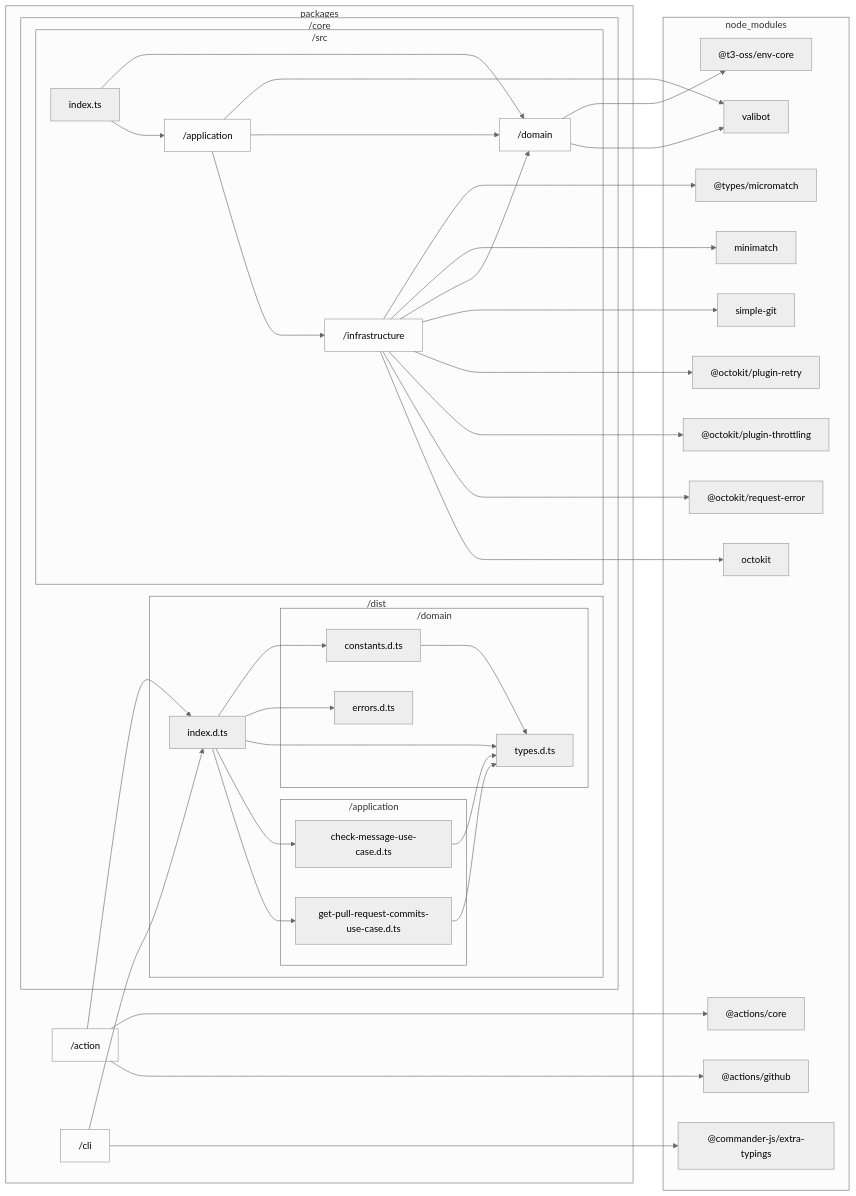
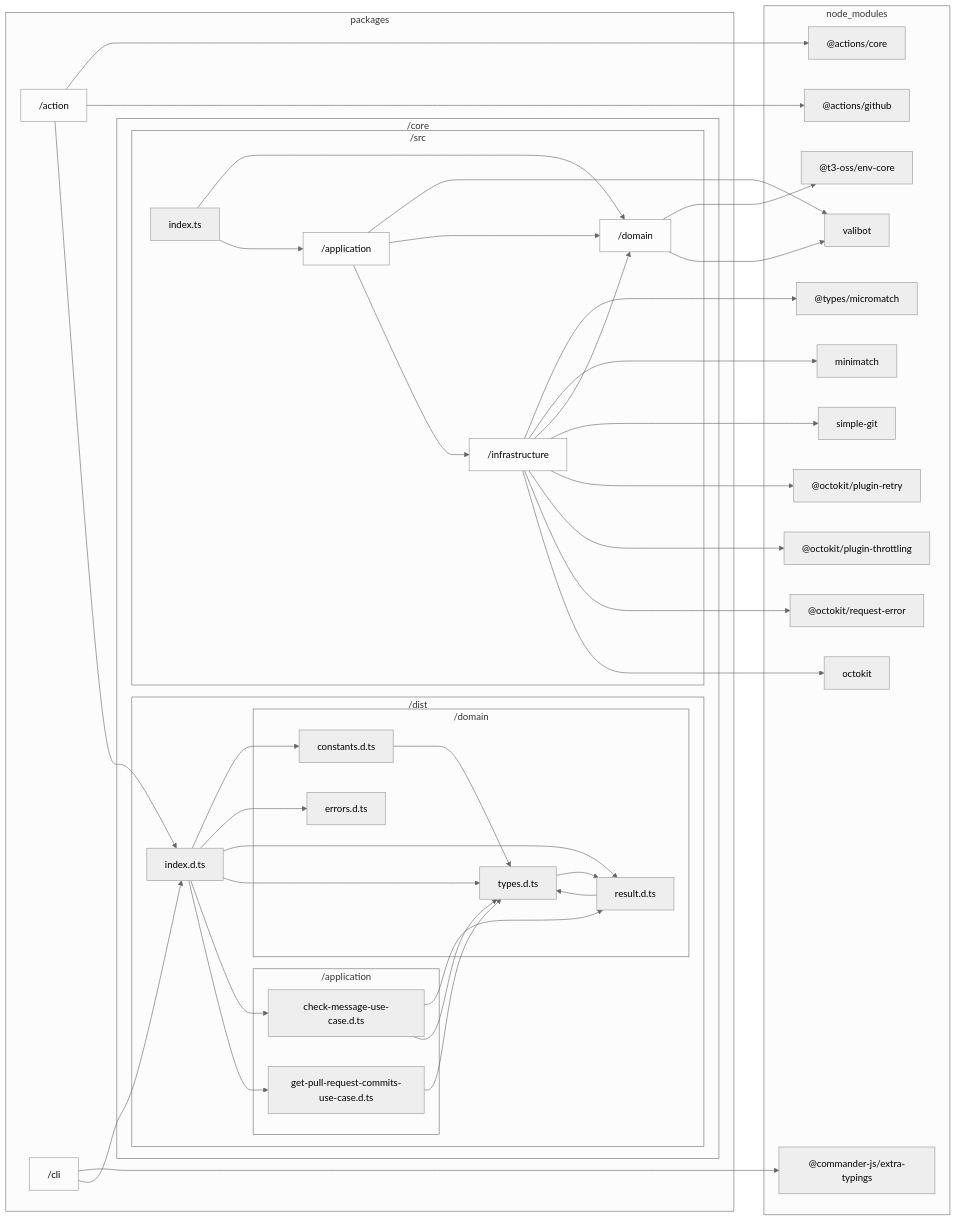
Before and after one commit to sugurutakahashi-1234/issue-linker: the diagram in docs/reports/dependencies/core-architecture.md, drawn with Mermaid (neutral theme). The commit also changed 16 other files, not shown here.

````diff
--- a/docs/reports/dependencies/core-architecture.md
+++ b/docs/reports/dependencies/core-architecture.md
@@ -7,70 +7,75 @@
 ```mermaid
 flowchart LR
     classDef dir fill:#0000,stroke:#999
     subgraph packages["packages"]
         packages/action["/action"]:::dir
         packages/cli["/cli"]:::dir
         subgraph packages/core["/core"]
             subgraph packages/core/dist["/dist"]
                 packages/core/dist/index.d.ts["index.d.ts"]
                 subgraph packages/core/dist/domain["/domain"]
+                    packages/core/dist/domain/result.d.ts["result.d.ts"]
                     packages/core/dist/domain/types.d.ts["types.d.ts"]
                     packages/core/dist/domain/constants.d.ts["constants.d.ts"]
                     packages/core/dist/domain/errors.d.ts["errors.d.ts"]
                 end
                 subgraph packages/core/dist/application["/application"]
                     packages/core/dist/application/check//message//use//case.d.ts["check-message-use-case.d.ts"]
                     packages/core/dist/application/get//pull//request//commits//use//case.d.ts["get-pull-request-commits-use-case.d.ts"]
                 end
             end
             subgraph packages/core/src["/src"]
                 packages/core/src/domain["/domain"]:::dir
                 packages/core/src/infrastructure["/infrastructure"]:::dir
                 packages/core/src/application["/application"]:::dir
                 packages/core/src/index.ts["index.ts"]
             end
         end
     end
     subgraph node//modules["node_modules"]
         node//modules///actions/core/lib/core.d.ts["@actions/core"]
         node//modules///actions/github/lib/github.d.ts["@actions/github"]
         node//modules///commander//js/extra//typings/index.d.ts["@commander-js/extra-typings"]
         node//modules///types/micromatch/index.d.ts["@types/micromatch"]
         node//modules/minimatch/dist/commonjs/index.d.ts["minimatch"]
         node//modules///t3//oss/env//core/dist/index.d.ts["@t3-oss/env-core"]
         node//modules/valibot/dist/index.d.cts["valibot"]
         node//modules/simple//git/dist/typings/index.d.ts["simple-git"]
         node//modules///octokit/plugin//retry/dist//types/index.d.ts["@octokit/plugin-retry"]
         node//modules///octokit/plugin//throttling/dist//types/index.d.ts["@octokit/plugin-throttling"]
         node//modules///octokit/request//error/dist//types/index.d.ts["@octokit/request-error"]
         node//modules/octokit/dist//types/index.d.ts["octokit"]
     end
+    packages/core/dist/domain/result.d.ts-->packages/core/dist/domain/types.d.ts
+    packages/core/dist/domain/types.d.ts-->packages/core/dist/domain/result.d.ts
     packages/core/dist/domain/constants.d.ts-->packages/core/dist/domain/types.d.ts
+    packages/core/dist/application/check//message//use//case.d.ts-->packages/core/dist/domain/result.d.ts
     packages/core/dist/application/check//message//use//case.d.ts-->packages/core/dist/domain/types.d.ts
     packages/core/dist/application/get//pull//request//commits//use//case.d.ts-->packages/core/dist/domain/types.d.ts
     packages/core/dist/index.d.ts-->packages/core/dist/domain/constants.d.ts
     packages/core/dist/index.d.ts-->packages/core/dist/domain/errors.d.ts
+    packages/core/dist/index.d.ts-->packages/core/dist/domain/result.d.ts
     packages/core/dist/index.d.ts-->packages/core/dist/domain/types.d.ts
     packages/core/dist/index.d.ts-->packages/core/dist/application/check//message//use//case.d.ts
     packages/core/dist/index.d.ts-->packages/core/dist/application/get//pull//request//commits//use//case.d.ts
     packages/action-->node//modules///actions/core/lib/core.d.ts
     packages/action-->node//modules///actions/github/lib/github.d.ts
     packages/action-->packages/core/dist/index.d.ts
     packages/cli-->node//modules///commander//js/extra//typings/index.d.ts
     packages/cli-->packages/core/dist/index.d.ts
     packages/core/src/infrastructure-->node//modules///types/micromatch/index.d.ts
     packages/core/src/infrastructure-->node//modules/minimatch/dist/commonjs/index.d.ts
     packages/core/src/infrastructure-->packages/core/src/domain
     packages/core/src/domain-->node//modules///t3//oss/env//core/dist/index.d.ts
     packages/core/src/domain-->node//modules/valibot/dist/index.d.cts
     packages/core/src/infrastructure-->node//modules/simple//git/dist/typings/index.d.ts
     packages/core/src/infrastructure-->node//modules///octokit/plugin//retry/dist//types/index.d.ts
     packages/core/src/infrastructure-->node//modules///octokit/plugin//throttling/dist//types/index.d.ts
     packages/core/src/infrastructure-->node//modules///octokit/request//error/dist//types/index.d.ts
     packages/core/src/infrastructure-->node//modules/octokit/dist//types/index.d.ts
     packages/core/src/application-->node//modules/valibot/dist/index.d.cts
     packages/core/src/application-->packages/core/src/domain
     packages/core/src/application-->packages/core/src/infrastructure
     packages/core/src/index.ts-->packages/core/src/domain
     packages/core/src/index.ts-->packages/core/src/application
 ```
````
